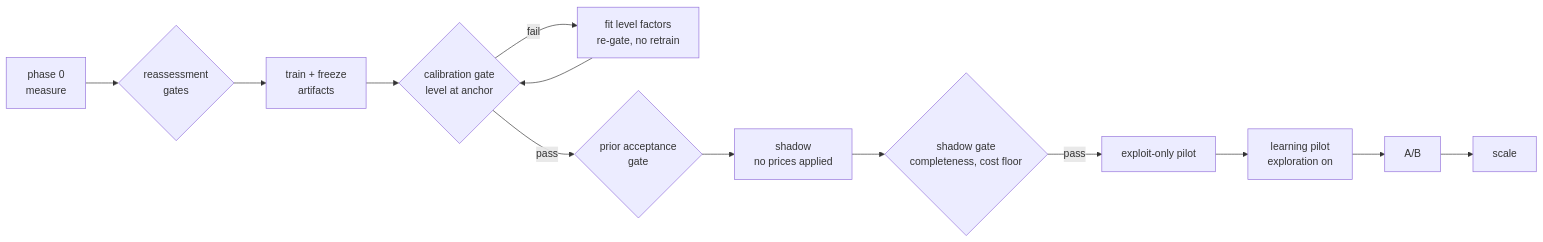
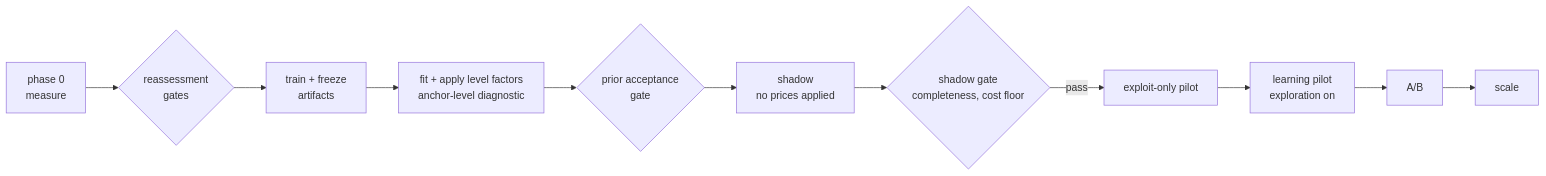
Before and after one commit to Kamalyunus/fresh-markdown: the second of 3 diagrams in docs/design.md, drawn with Mermaid. The commit also changed other lines of this file and 15 other files, not shown here.

````diff
--- a/docs/design.md
+++ b/docs/design.md
@@ -1346,13 +1354,12 @@
 ```mermaid
 flowchart LR
   A["phase 0<br/>measure"] --> B{"reassessment<br/>gates"}
   B --> C["train + freeze<br/>artifacts"]
-  C --> D{"calibration gate<br/>level at anchor"}
-  D -- fail --> C2["fit level factors<br/>re-gate, no retrain"] --> D
-  D -- pass --> E{"prior acceptance<br/>gate"}
+  C --> D["fit + apply level factors<br/>anchor-level diagnostic"]
+  D --> E{"prior acceptance<br/>gate"}
   E --> F["shadow<br/>no prices applied"]
   F --> G{"shadow gate<br/>completeness, cost floor"}
   G -- pass --> H["exploit-only pilot"]
   H --> I["learning pilot<br/>exploration on"]
   I --> J["A/B"] --> K["scale"]
 ```
````
